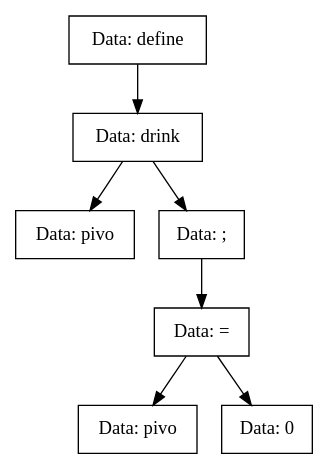
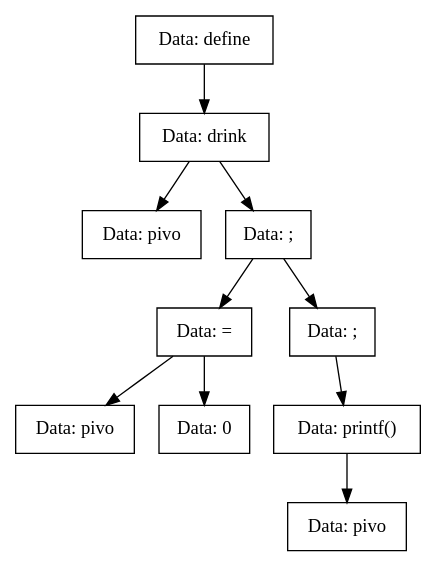
The diagram in TreeDump/drink-utf8.dot (vorontsov-amd/Compiller), drawn with Graphviz before and after one commit. The commit also changed 21 other files, not shown here.

```diff
--- a/TreeDump/drink-utf8.dot
+++ b/TreeDump/drink-utf8.dot
@@ -1,15 +1,21 @@
 digraph drink{
-Node0x561929f38fa0[shape="record", label="Data: define"];
-Node0x561929f39040[shape="record", label="Data: drink"];
-Node0x561929f39090[shape="record", label="Data: pivo"];
-Node0x561929f39040->Node0x561929f39090;
-Node0x561929f390e0[shape="record", label="Data: ;"];
-Node0x561929f39130[shape="record", label="Data: ="];
-Node0x561929f39180[shape="record", label="Data: pivo"];
-Node0x561929f39130->Node0x561929f39180;
-Node0x561929f39b30[shape="record", label="Data: 0"];
-Node0x561929f39130->Node0x561929f39b30;
-Node0x561929f390e0->Node0x561929f39130;
-Node0x561929f39040->Node0x561929f390e0;
-Node0x561929f38fa0->Node0x561929f39040;
+Node0x559510238e50[shape="record", label="Data: define"];
+Node0x559510238cc0[shape="record", label="Data: drink"];
+Node0x559510238ef0[shape="record", label="Data: pivo"];
+Node0x559510238cc0->Node0x559510238ef0;
+Node0x559510238c70[shape="record", label="Data: ;"];
+Node0x559510238db0[shape="record", label="Data: ="];
+Node0x559510238f40[shape="record", label="Data: pivo"];
+Node0x559510238db0->Node0x559510238f40;
+Node0x559510238d10[shape="record", label="Data: 0"];
+Node0x559510238db0->Node0x559510238d10;
+Node0x559510238c70->Node0x559510238db0;
+Node0x559510238d60[shape="record", label="Data: ;"];
+Node0x559510238e00[shape="record", label="Data: printf()"];
+Node0x559510238ea0[shape="record", label="Data: pivo"];
+Node0x559510238e00->Node0x559510238ea0;
+Node0x559510238d60->Node0x559510238e00;
+Node0x559510238c70->Node0x559510238d60;
+Node0x559510238cc0->Node0x559510238c70;
+Node0x559510238e50->Node0x559510238cc0;
 }
```
